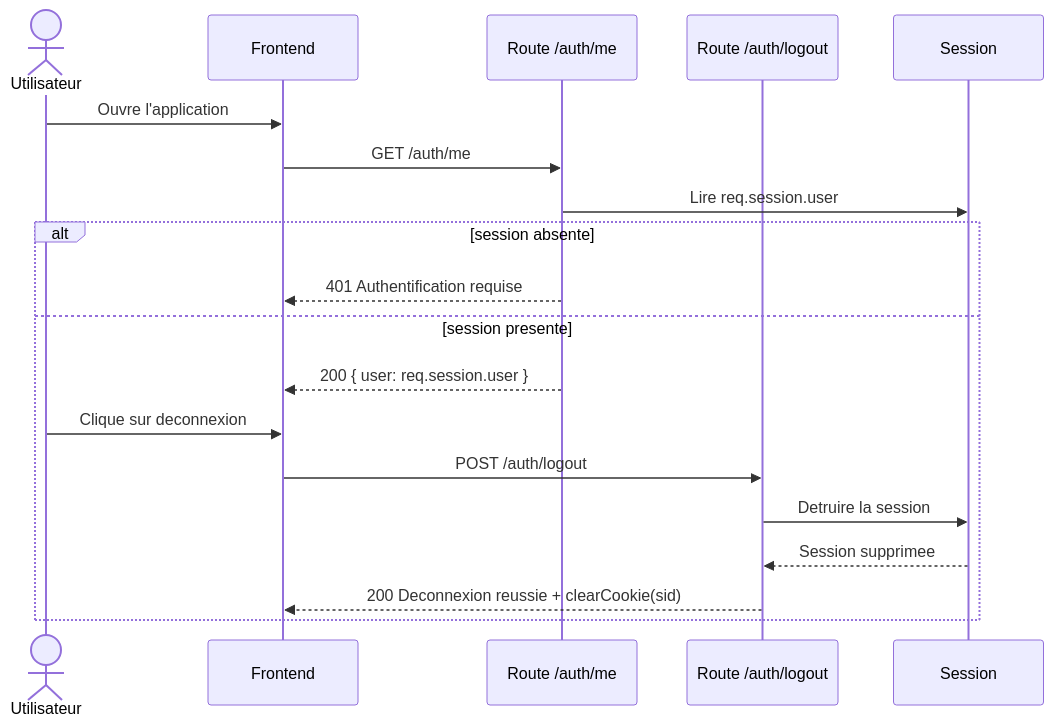
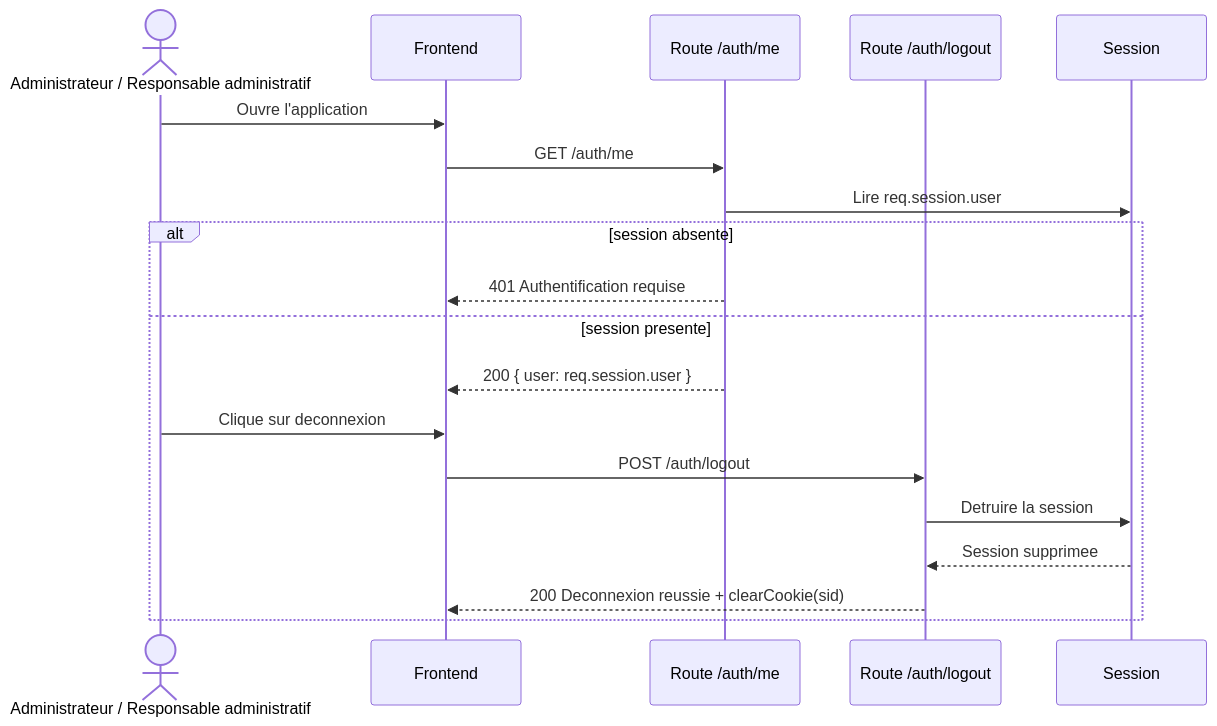
The diagram in documents/diagrammes/auth-session-sequence.mmd (saberkara10/Horaire-5), drawn with Mermaid before and after one commit. The commit also changed 189 other files, not shown here.

```diff
--- a/documents/diagrammes/auth-session-sequence.mmd
+++ b/documents/diagrammes/auth-session-sequence.mmd
@@ -1,21 +1,21 @@
 sequenceDiagram
-    actor Utilisateur
+    actor UtilisateurAdministratif as Administrateur / Responsable administratif
     participant Frontend
     participant RouteMe as Route /auth/me
     participant RouteLogout as Route /auth/logout
     participant Session
 
-    Utilisateur->>Frontend: Ouvre l'application
+    UtilisateurAdministratif->>Frontend: Ouvre l'application
     Frontend->>RouteMe: GET /auth/me
     RouteMe->>Session: Lire req.session.user
 
     alt session absente
         RouteMe-->>Frontend: 401 Authentification requise
     else session presente
         RouteMe-->>Frontend: 200 { user: req.session.user }
-        Utilisateur->>Frontend: Clique sur deconnexion
+        UtilisateurAdministratif->>Frontend: Clique sur deconnexion
         Frontend->>RouteLogout: POST /auth/logout
         RouteLogout->>Session: Detruire la session
         Session-->>RouteLogout: Session supprimee
         RouteLogout-->>Frontend: 200 Deconnexion reussie + clearCookie(sid)
     end
```
